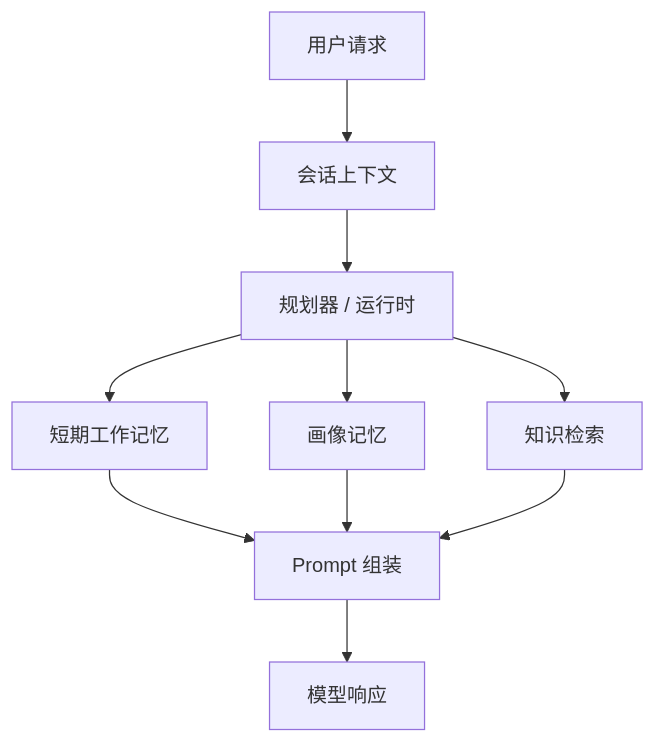
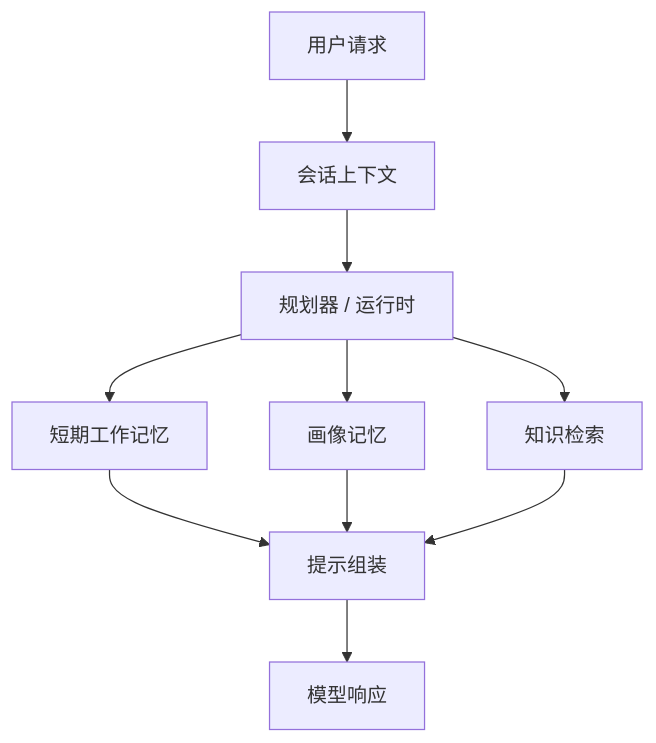
One commit to agent-axiom/agent-arch changed the diagram in docs/book/part-iii/chapter-5.zh.md. Above: the diagram before and after it, drawn with Mermaid. The commit also changed other lines of this file, not shown here.

````diff
--- a/docs/book/part-iii/chapter-5.zh.md
+++ b/docs/book/part-iii/chapter-5.zh.md
@@ -60,12 +60,12 @@
 ``` mermaid
 flowchart TD
     A["用户请求"] --> B["会话上下文"]
     B --> C["规划器 / 运行时"]
     C --> D["短期工作记忆"]
     C --> E["画像记忆"]
     C --> F["知识检索"]
-    D --> G["Prompt 组装"]
+    D --> G["提示组装"]
     E --> G
     F --> G
     G --> H["模型响应"]
 ```
````
